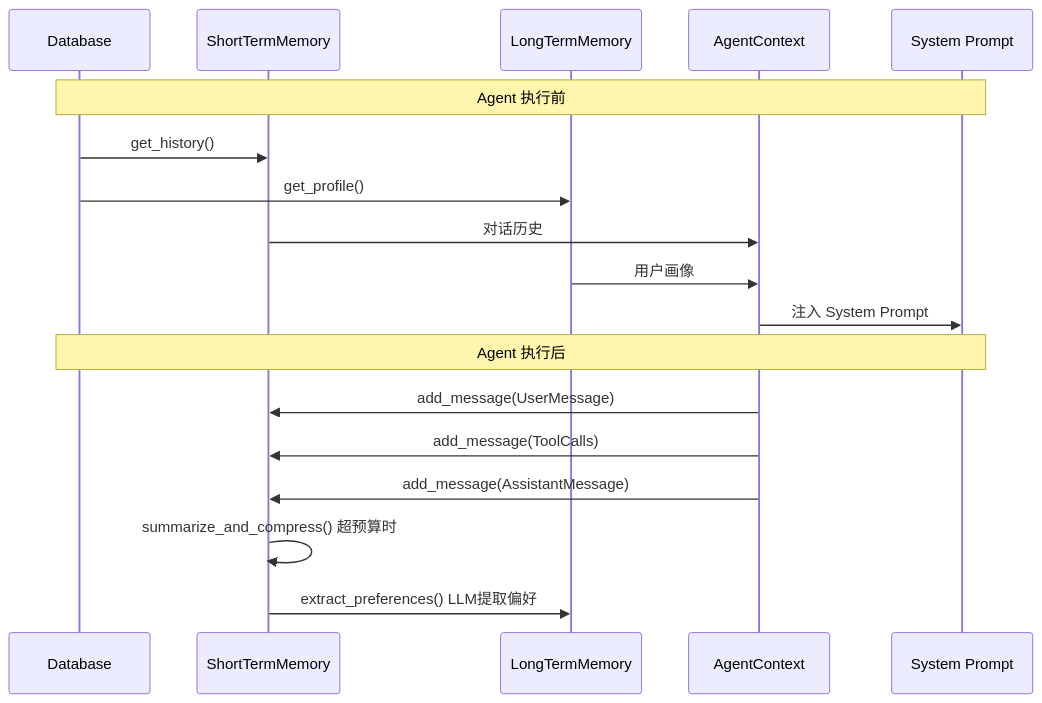
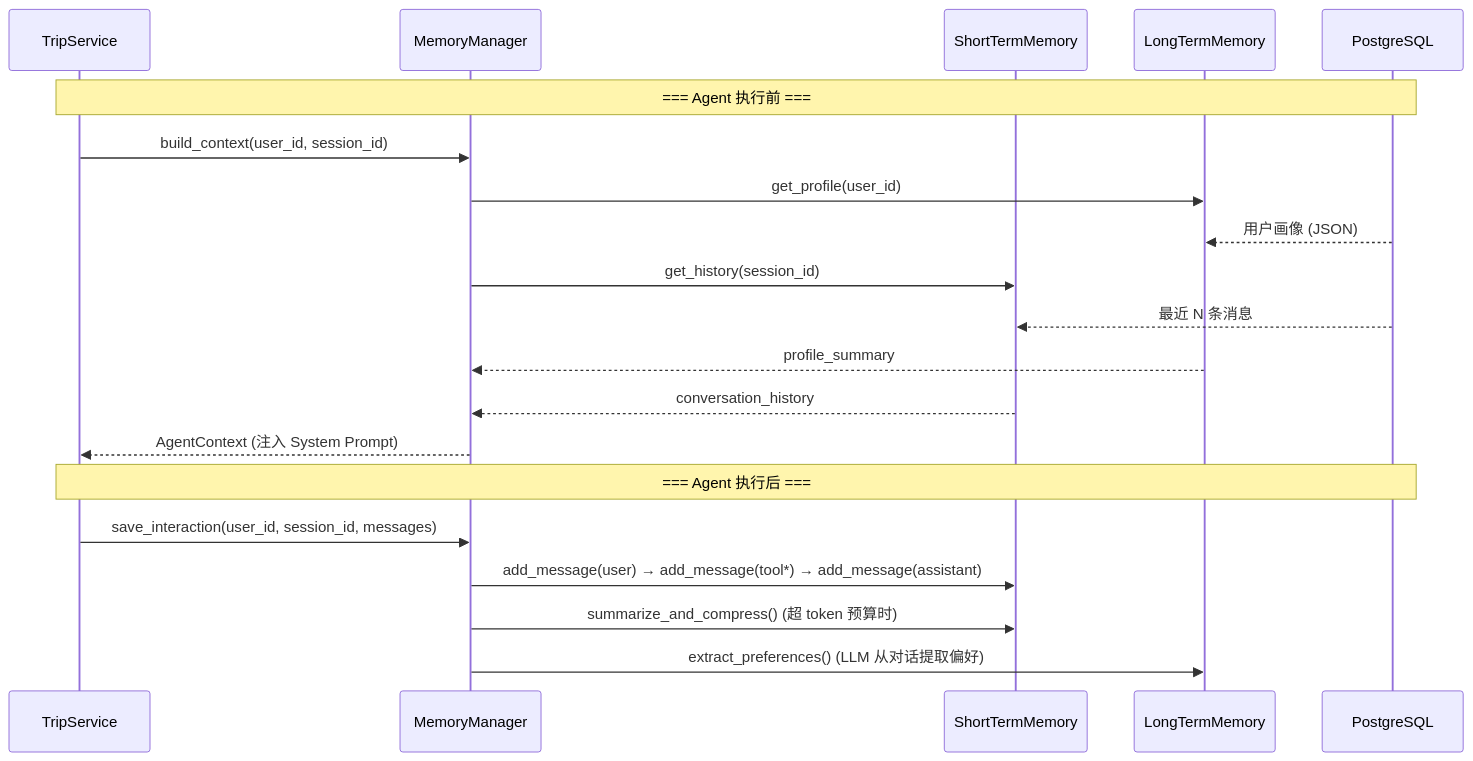
One commit to qiongzhu0524/TripPlaner changed the fifth of 7 diagrams in README.md. Above: the diagram before and after it, drawn with Mermaid. The commit also changed other lines of this file and 38 other files, not shown here.

````diff
--- a/README.md
+++ b/README.md
@@ -285,22 +545,24 @@
 ```mermaid
 sequenceDiagram
-    participant DB as Database
+    participant S as TripService
+    participant MM as MemoryManager
     participant STM as ShortTermMemory
     participant LTM as LongTermMemory
-    participant AC as AgentContext
-    participant SP as System Prompt
+    participant DB as PostgreSQL
 
-    Note over DB,SP: Agent 执行前
-    DB->>STM: get_history()
-    DB->>LTM: get_profile()
-    STM->>AC: 对话历史
-    LTM->>AC: 用户画像
-    AC->>SP: 注入 System Prompt
+    Note over S,DB: === Agent 执行前 ===
+    S->>MM: build_context(user_id, session_id)
+    MM->>LTM: get_profile(user_id)
+    DB-->>LTM: 用户画像 (JSON)
+    MM->>STM: get_history(session_id)
+    DB-->>STM: 最近 N 条消息
+    LTM-->>MM: profile_summary
+    STM-->>MM: conversation_history
+    MM-->>S: AgentContext (注入 System Prompt)
 
-    Note over DB,SP: Agent 执行后
-    AC->>STM: add_message(UserMessage)
-    AC->>STM: add_message(ToolCalls)
-    AC->>STM: add_message(AssistantMessage)
-    STM->>STM: summarize_and_compress() 超预算时
-    STM->>LTM: extract_preferences() LLM提取偏好
+    Note over S,DB: === Agent 执行后 ===
+    S->>MM: save_interaction(user_id, session_id, messages)
+    MM->>STM: add_message(user) → add_message(tool*) → add_message(assistant)
+    MM->>STM: summarize_and_compress()  (超 token 预算时)
+    MM->>LTM: extract_preferences()  (LLM 从对话提取偏好)
 ```
````
